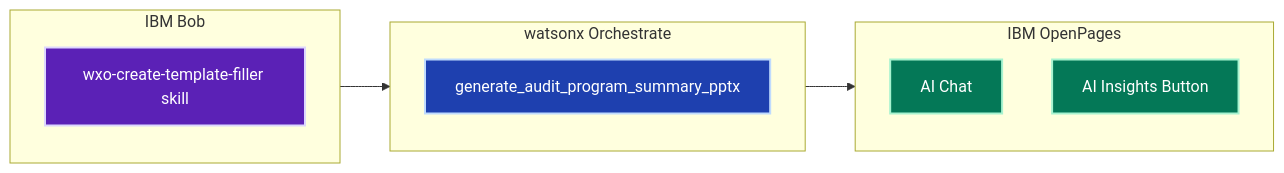
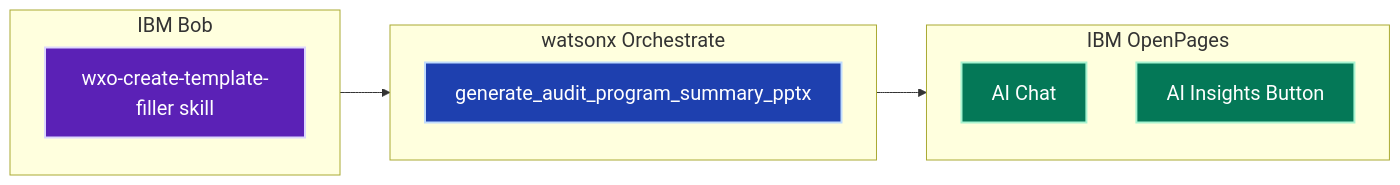
One commit to jpradier/ibm-openpages-generating-doc changed the diagram in README.md. Above: the diagram before and after it, drawn with Mermaid.

Commit message:
Increase Mermaid diagram font size to 20px

````diff
--- a/README.md
+++ b/README.md
@@ -87,21 +87,22 @@
 ```mermaid
+%%{init: {"themeVariables": {"fontSize": "20px"}}}%%
 flowchart LR
     classDef bob fill:#5b21b6,stroke:#ddd6fe,stroke-width:2px,color:#fff
     classDef wxo fill:#1e40af,stroke:#bfdbfe,stroke-width:2px,color:#fff
     classDef op  fill:#047857,stroke:#a7f3d0,stroke-width:2px,color:#fff
 
     subgraph Bob["IBM Bob"]
         BobSkill["wxo-create-template-filler skill"]:::bob
     end
 
     subgraph Orchestrate["watsonx Orchestrate"]
         GenTool["generate_audit_program_summary_pptx"]:::wxo
     end
 
     subgraph OpenPages["IBM OpenPages"]
         AIChat["AI Chat"]:::op
         AIInsights["AI Insights Button"]:::op
     end
 
     Bob --> Orchestrate --> OpenPages
 ```
````
